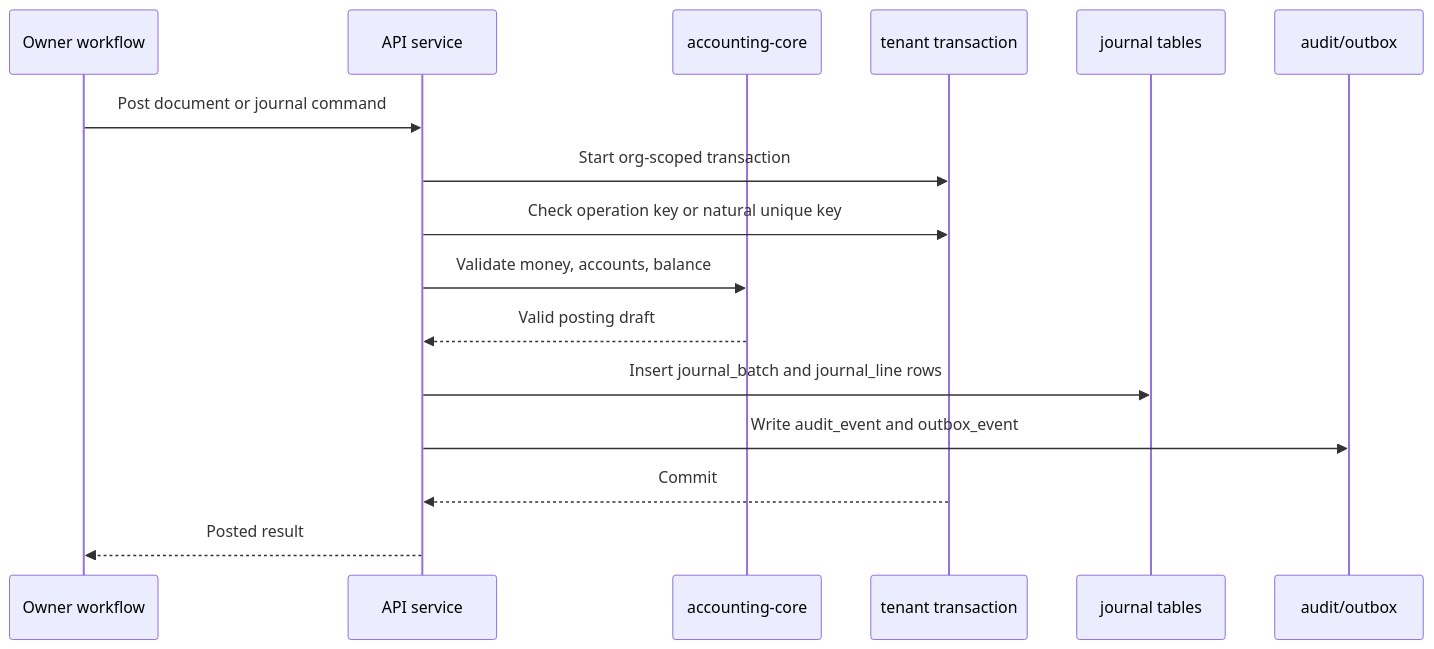
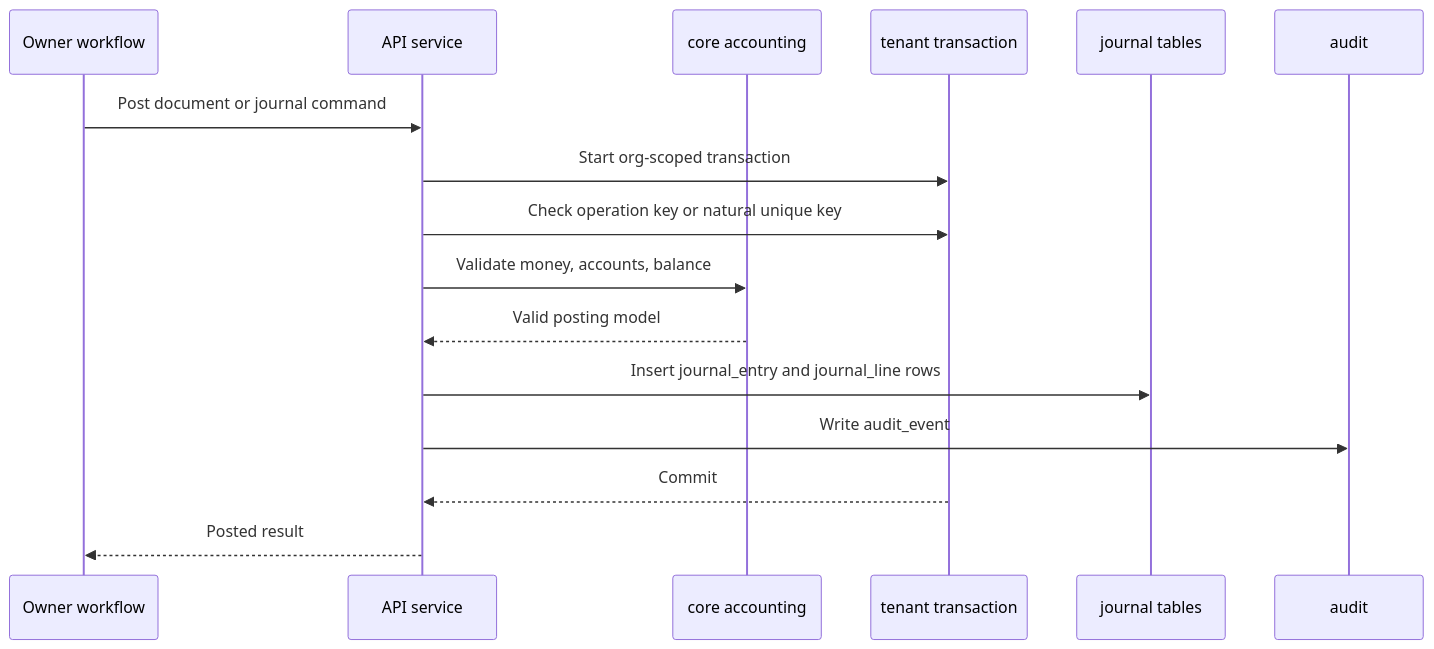
Before and after one commit to isherbuilds/edernal-books: the second of 3 diagrams in docs/superpowers/specs/2026-06-16-ai-native-accounting-foundation-design.md, drawn with Mermaid. The commit also changed other lines of this file and 110 other files, not shown here.

````diff
--- a/docs/superpowers/specs/2026-06-16-ai-native-accounting-foundation-design.md
+++ b/docs/superpowers/specs/2026-06-16-ai-native-accounting-foundation-design.md
@@ -87,19 +87,19 @@
 ```mermaid
 sequenceDiagram
   participant UI as Owner workflow
   participant API as API service
-  participant Core as accounting-core
+  participant Core as core accounting
   participant DB as tenant transaction
   participant Ledger as journal tables
-  participant Audit as audit/outbox
+  participant Audit as audit
 
   UI->>API: Post document or journal command
   API->>DB: Start org-scoped transaction
   API->>DB: Check operation key or natural unique key
   API->>Core: Validate money, accounts, balance
-  Core-->>API: Valid posting draft
-  API->>Ledger: Insert journal_batch and journal_line rows
-  API->>Audit: Write audit_event and outbox_event
+  Core-->>API: Valid posting model
+  API->>Ledger: Insert journal_entry and journal_line rows
+  API->>Audit: Write audit_event
   DB-->>API: Commit
   API-->>UI: Posted result
 ```
````
